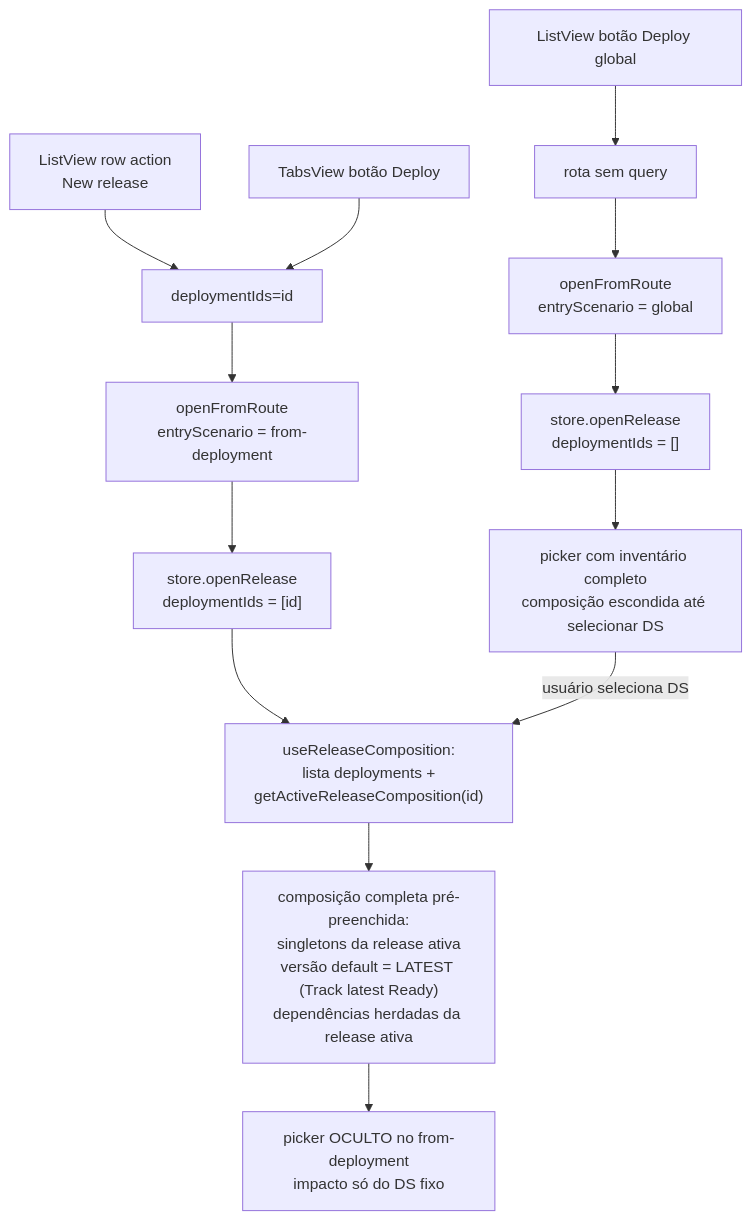
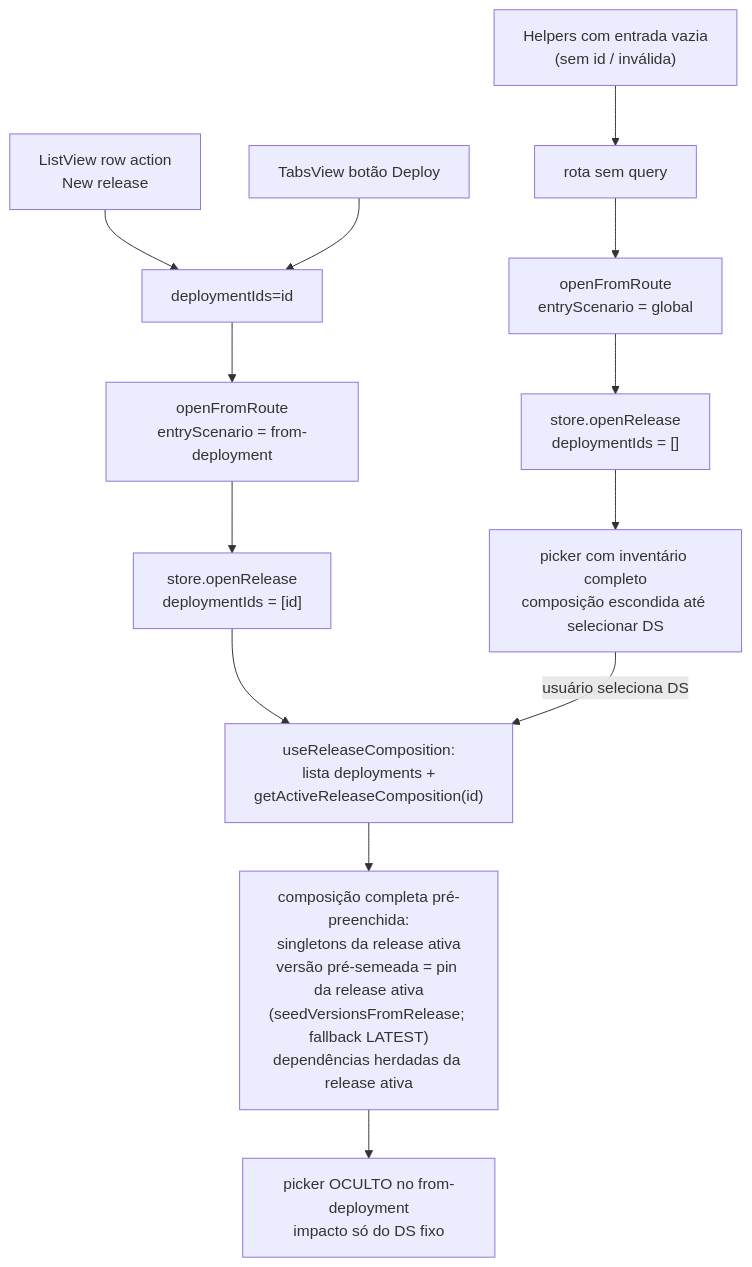
The fourth of 7 diagrams in docs/RELEASE-COMPOSER-FLOWS.md (aziontech/azion-console-kit), drawn with Mermaid before and after one commit. The commit also changed other lines of this file, not shown here.

Commit message:
fix: update line references in release-compose-flow for accuracy

````diff
--- a/docs/RELEASE-COMPOSER-FLOWS.md
+++ b/docs/RELEASE-COMPOSER-FLOWS.md
@@ -169,19 +176,19 @@
 ```mermaid
 flowchart TD
     A1["ListView row action<br/>New release"] --> R["deploymentIds=id"]
     A2["TabsView botão Deploy"] --> R
-    A3["ListView botão Deploy global"] --> R0["rota sem query"]
+    A3["Helpers com entrada vazia<br/>(sem id / inválida)"] --> R0["rota sem query"]
 
     R --> B["openFromRoute<br/>entryScenario = from-deployment"]
     R0 --> B0["openFromRoute<br/>entryScenario = global"]
 
     B --> C["store.openRelease<br/>deploymentIds = [id]"]
     B0 --> C0["store.openRelease<br/>deploymentIds = []"]
 
     C --> D["useReleaseComposition:<br/>lista deployments +<br/>getActiveReleaseComposition(id)"]
     C0 --> D0["picker com inventário completo<br/>composição escondida até selecionar DS"]
     D0 -->|"usuário seleciona DS"| D
 
-    D --> E["composição completa pré-preenchida:<br/>singletons da release ativa<br/>versão default = LATEST (Track latest Ready)<br/>dependências herdadas da release ativa"]
+    D --> E["composição completa pré-preenchida:<br/>singletons da release ativa<br/>versão pré-semeada = pin da release ativa<br/>(seedVersionsFromRelease; fallback LATEST)<br/>dependências herdadas da release ativa"]
     E --> F["picker OCULTO no from-deployment<br/>impacto só do DS fixo"]
 ```
````
